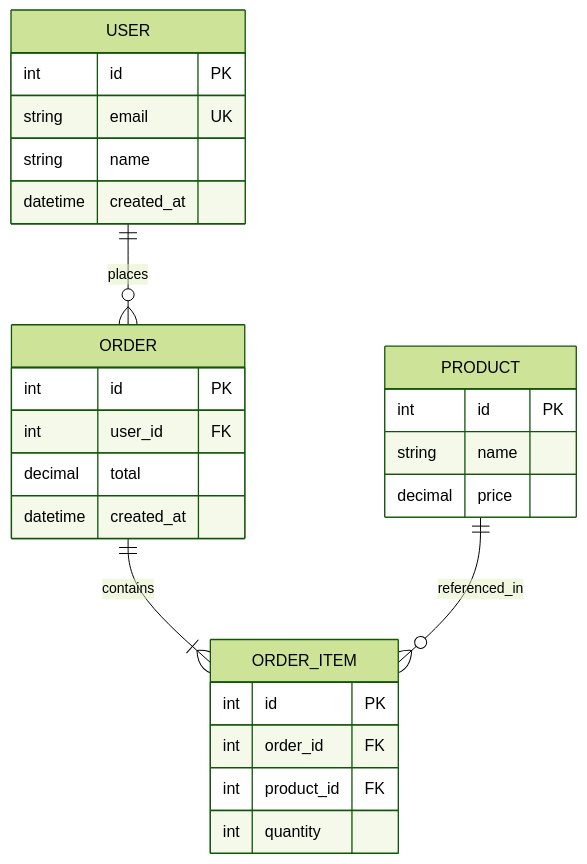
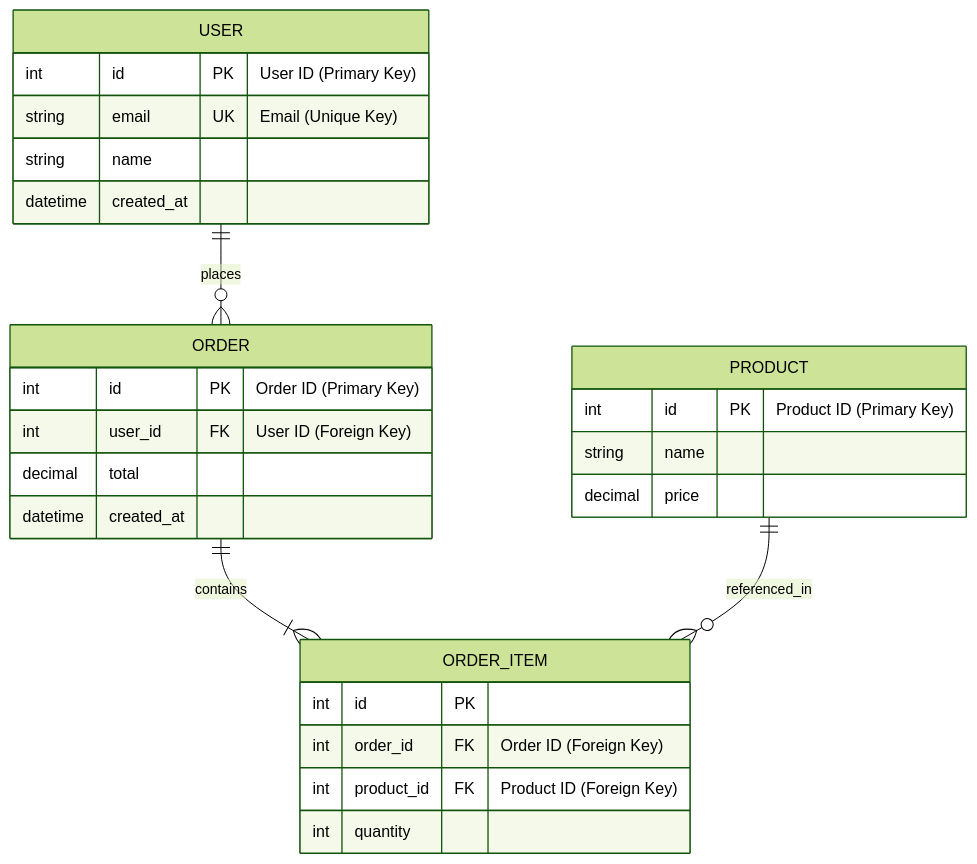
The second of 50 diagrams in books/know-the-why.md (Param-Harrison/ebook-writer), drawn with Mermaid (forest theme) before and after one commit. The commit also changed other lines of this file and 56 other files, not shown here.

````diff
--- a/books/know-the-why.md
+++ b/books/know-the-why.md
@@ -379,30 +108,30 @@
 ```mermaid
 erDiagram
     USER ||--o{ ORDER : places
     ORDER ||--|{ ORDER_ITEM : contains
     PRODUCT ||--o{ ORDER_ITEM : referenced_in
     
     USER {
-        int id PK
-        string email UK
+        int id PK "User ID (Primary Key)"
+        string email UK "Email (Unique Key)"
         string name
         datetime created_at
     }
     ORDER {
-        int id PK
-        int user_id FK
+        int id PK "Order ID (Primary Key)"
+        int user_id FK "User ID (Foreign Key)"
         decimal total
         datetime created_at
     }
     PRODUCT {
-        int id PK
+        int id PK "Product ID (Primary Key)"
         string name
         decimal price
     }
     ORDER_ITEM {
         int id PK
-        int order_id FK
-        int product_id FK
+        int order_id FK "Order ID (Foreign Key)"
+        int product_id FK "Product ID (Foreign Key)"
         int quantity
     }
 ```
````
